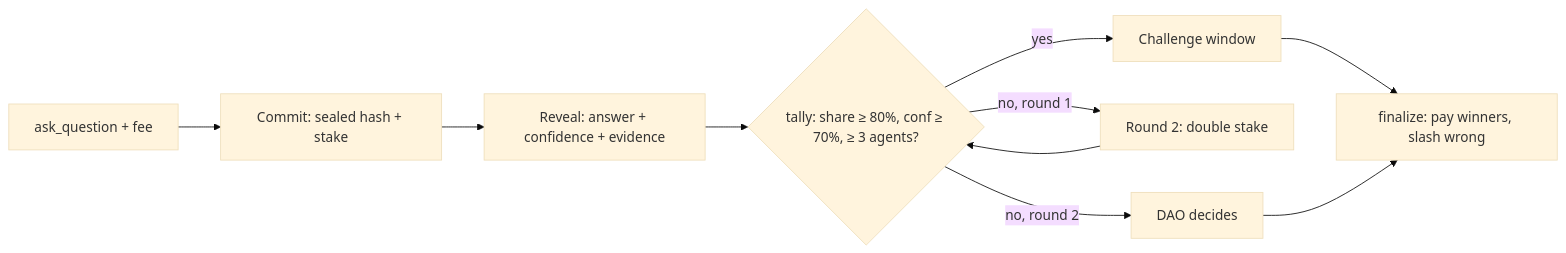
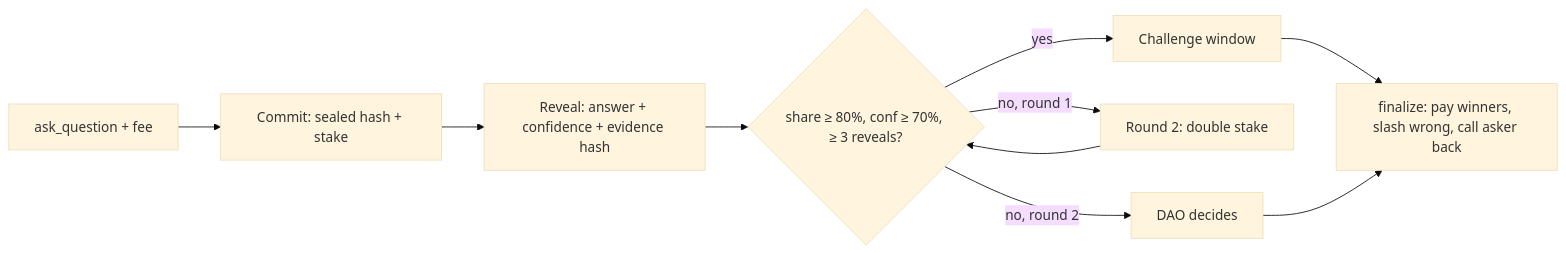
Before and after one commit to anshxft/sooth: the first of 2 diagrams in README.md, drawn with Mermaid (base theme). The commit also changed other lines of this file and 3 other files, not shown here.

````diff
--- a/README.md
+++ b/README.md
@@ -36,9 +71,9 @@
 ```mermaid
 flowchart LR
   A[ask_question + fee] --> B[Commit: sealed hash + stake]
-  B --> C[Reveal: answer + confidence + evidence]
-  C --> D{tally: share ≥ 80%, conf ≥ 70%, ≥ 3 agents?}
-  D -- yes --> E[Challenge window] --> F[finalize: pay winners, slash wrong]
+  B --> C[Reveal: answer + confidence + evidence hash]
+  C --> D{share ≥ 80%, conf ≥ 70%, ≥ 3 reveals?}
+  D -- yes --> E[Challenge window] --> F[finalize: pay winners, slash wrong, call asker back]
   D -- no, round 1 --> G[Round 2: double stake] --> D
   D -- no, round 2 --> H[DAO decides] --> F
 ```
````
